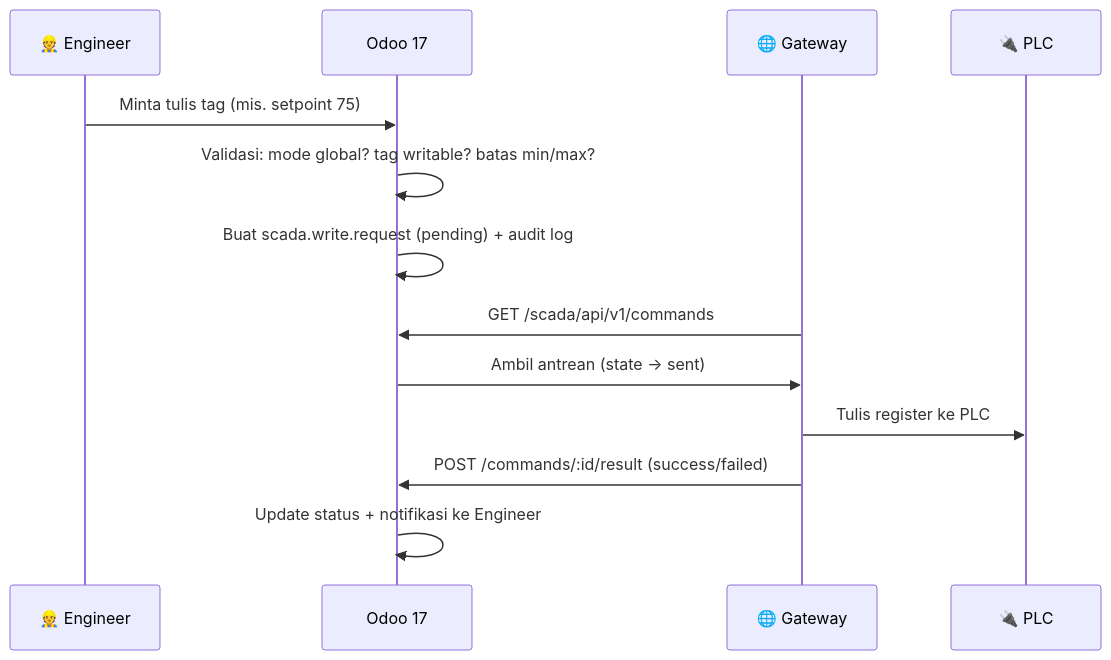
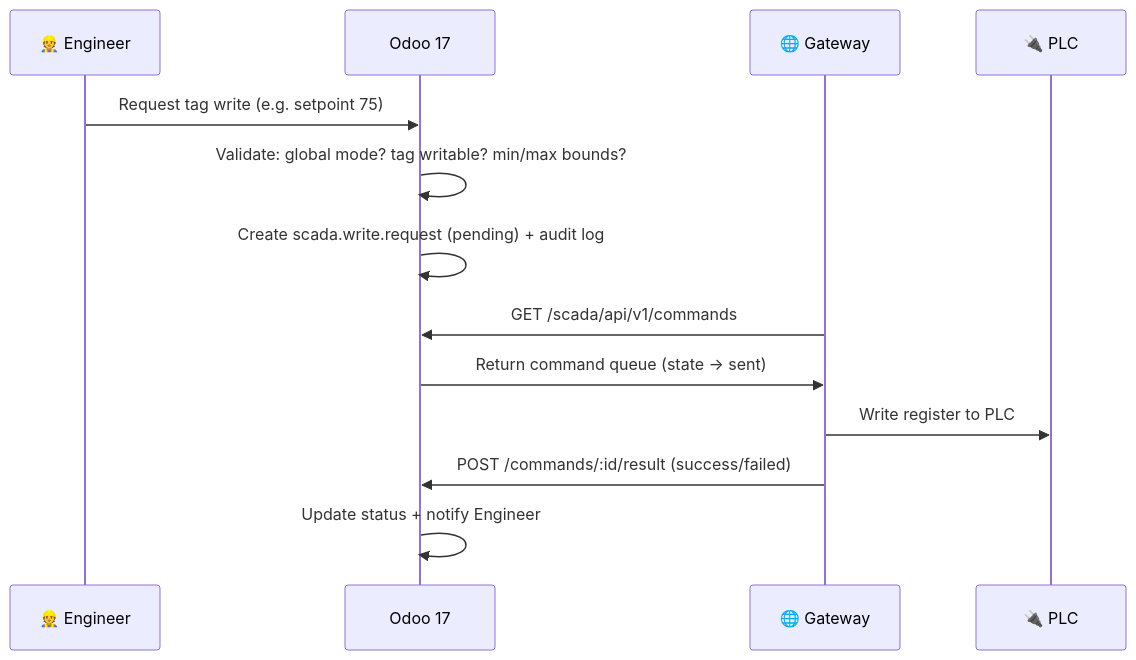
Before and after one commit to azazil-dev/odoo-scada-plc-connector: the second of 2 diagrams in scada_plc_connector/README.md, drawn with Mermaid. The commit also changed other lines of this file and 12 other files, not shown here.

First line of the commit message:
feat: translate SCADA PLC Connector module to English

````diff
--- a/scada_plc_connector/README.md
+++ b/scada_plc_connector/README.md
@@ -111,16 +110,16 @@
 ```mermaid
 sequenceDiagram
     participant E as 👷 Engineer
     participant O as Odoo 17
     participant G as 🌐 Gateway
     participant P as 🔌 PLC
 
-    E->>O: Minta tulis tag (mis. setpoint 75)
-    O->>O: Validasi: mode global? tag writable? batas min/max?
-    O->>O: Buat scada.write.request (pending) + audit log
+    E->>O: Request tag write (e.g. setpoint 75)
+    O->>O: Validate: global mode? tag writable? min/max bounds?
+    O->>O: Create scada.write.request (pending) + audit log
     G->>O: GET /scada/api/v1/commands
-    O->>G: Ambil antrean (state → sent)
-    G->>P: Tulis register ke PLC
+    O->>G: Return command queue (state → sent)
+    G->>P: Write register to PLC
     G->>O: POST /commands/:id/result (success/failed)
-    O->>O: Update status + notifikasi ke Engineer
+    O->>O: Update status + notify Engineer
 ```
````
